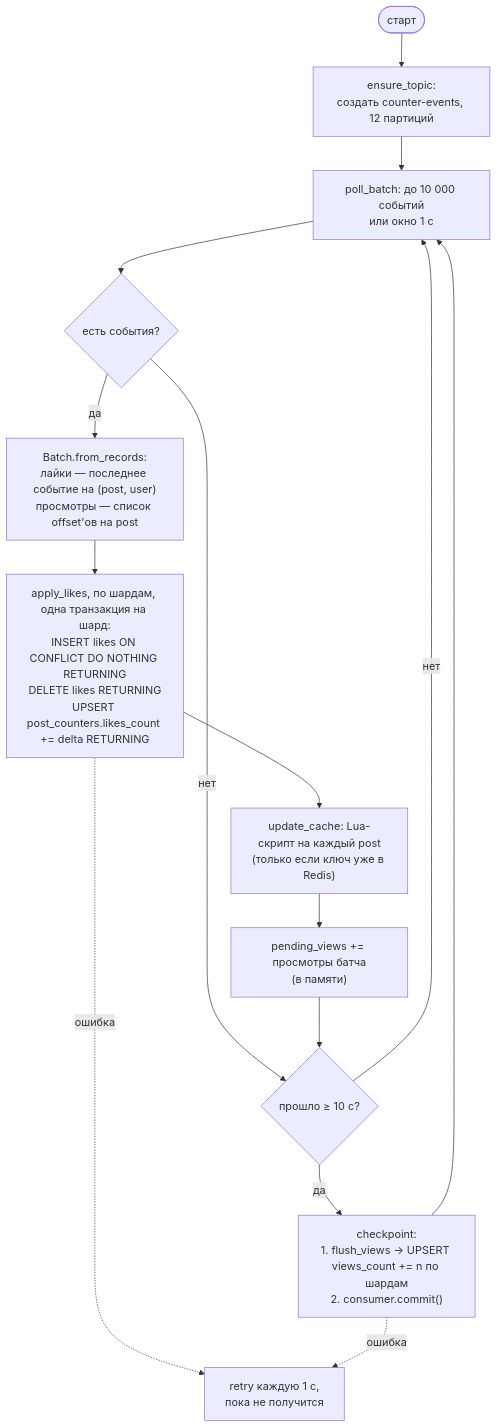
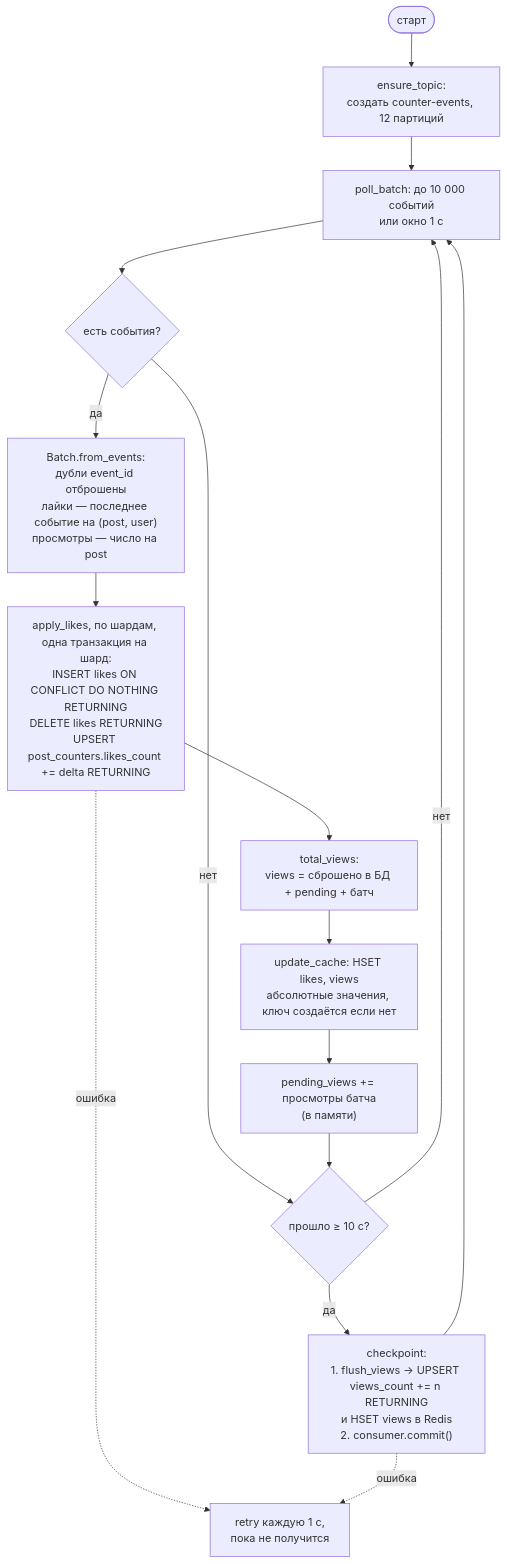
The fourth of 8 diagrams in sis2/README.md (elitekbtu/highload-backend), drawn with Mermaid before and after one commit. The commit also changed other lines of this file and 61 other files, not shown here.

````diff
--- a/sis2/README.md
+++ b/sis2/README.md
@@ -132,18 +144,19 @@
 ```mermaid
 flowchart TD
     start([старт]) --> topic["ensure_topic:<br/>создать counter-events, 12 партиций"]
     topic --> poll["poll_batch: до 10 000 событий<br/>или окно 1 с"]
     poll --> empty{есть события?}
     empty -- нет --> timer
-    empty -- да --> batch["Batch.from_records:<br/>лайки — последнее событие на (post, user)<br/>просмотры — список offset'ов на post"]
+    empty -- да --> batch["Batch.from_events:<br/>дубли event_id отброшены<br/>лайки — последнее событие на (post, user)<br/>просмотры — число на post"]
     batch --> likes["apply_likes, по шардам, одна транзакция на шард:<br/>INSERT likes ON CONFLICT DO NOTHING RETURNING<br/>DELETE likes RETURNING<br/>UPSERT post_counters.likes_count += delta RETURNING"]
-    likes --> cache["update_cache: Lua-скрипт на каждый post<br/>(только если ключ уже в Redis)"]
+    likes --> total["total_views:<br/>views = сброшено в БД + pending + батч"]
+    total --> cache["update_cache: HSET likes, views<br/>абсолютные значения, ключ создаётся если нет"]
     cache --> pending["pending_views += просмотры батча<br/>(в памяти)"]
     pending --> timer{прошло ≥ 10 с?}
     timer -- нет --> poll
-    timer -- да --> cp["checkpoint:<br/>1. flush_views → UPSERT views_count += n по шардам<br/>2. consumer.commit()"]
+    timer -- да --> cp["checkpoint:<br/>1. flush_views → UPSERT views_count += n RETURNING<br/>и HSET views в Redis<br/>2. consumer.commit()"]
     cp --> poll
 
     likes -. ошибка .-> retry["retry каждую 1 с,<br/>пока не получится"]
     cp -. ошибка .-> retry
 ```
````
